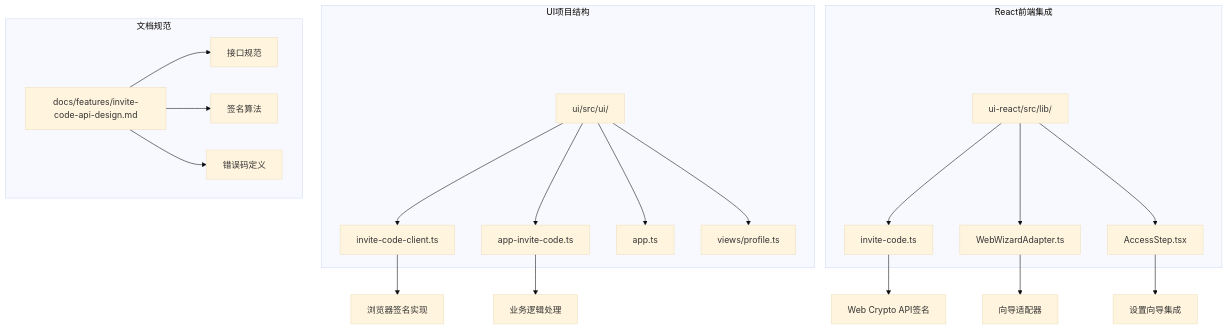
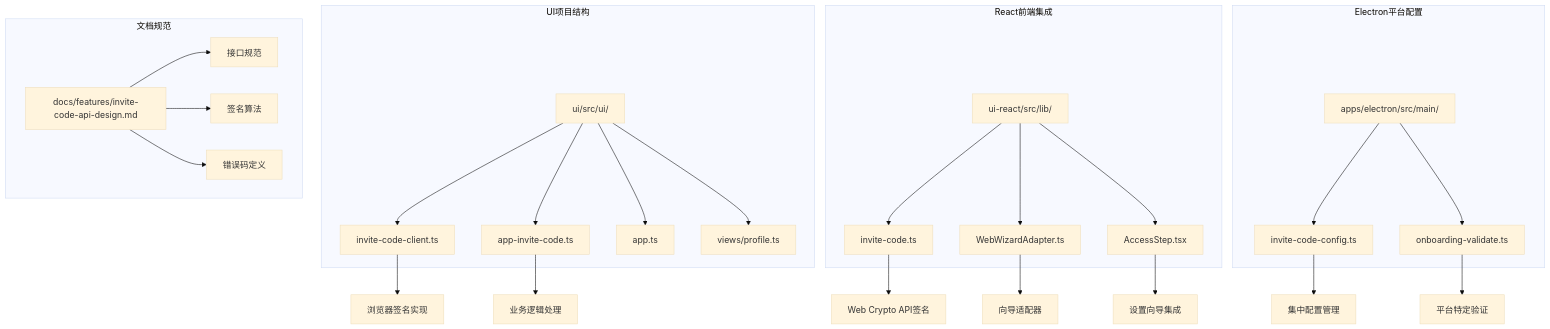
One commit to verse-ai-org/openclaw changed the first of 14 diagrams in .qoder/repowiki/zh/content/核心概念/邀请码API客户端.md. Above: the diagram before and after it, drawn with Mermaid (base theme). The commit also changed other lines of this file and 50 other files, not shown here.

````diff
--- a/.qoder/repowiki/zh/content/核心概念/邀请码API客户端.md
+++ b/.qoder/repowiki/zh/content/核心概念/邀请码API客户端.md
@@ -52,24 +55,30 @@
 ```mermaid
 graph TB
 subgraph "UI项目结构"
 A[ui/src/ui/] --> B[invite-code-client.ts]
 A --> C[app-invite-code.ts]
 A --> D[app.ts]
 A --> E[views/profile.ts]
 end
 subgraph "React前端集成"
 F[ui-react/src/lib/] --> G[invite-code.ts]
 F --> H[WebWizardAdapter.ts]
 F --> I[AccessStep.tsx]
 end
+subgraph "Electron平台配置"
+J[apps/electron/src/main/] --> K[invite-code-config.ts]
+J --> L[onboarding-validate.ts]
+end
 subgraph "文档规范"
-J[docs/features/invite-code-api-design.md] --> K[接口规范]
-J --> L[签名算法]
-J --> M[错误码定义]
+M[docs/features/invite-code-api-design.md] --> N[接口规范]
+M --> O[签名算法]
+M --> P[错误码定义]
 end
-B --> N[浏览器签名实现]
-C --> O[业务逻辑处理]
-G --> P[Web Crypto API签名]
-H --> Q[向导适配器]
-I --> R[设置向导集成]
+B --> Q[浏览器签名实现]
+C --> R[业务逻辑处理]
+G --> S[Web Crypto API签名]
+H --> T[向导适配器]
+I --> U[设置向导集成]
+K --> V[集中配置管理]
+L --> W[平台特定验证]
 ```
````
